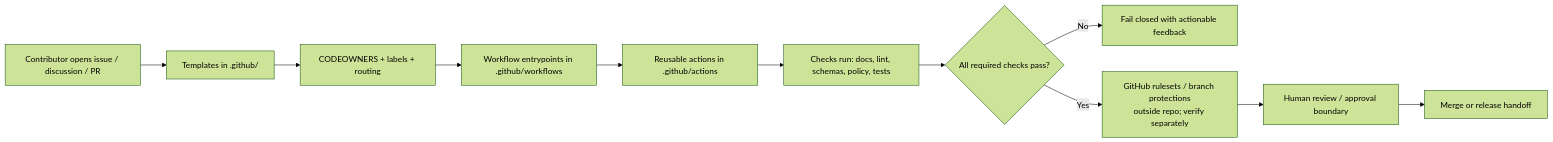
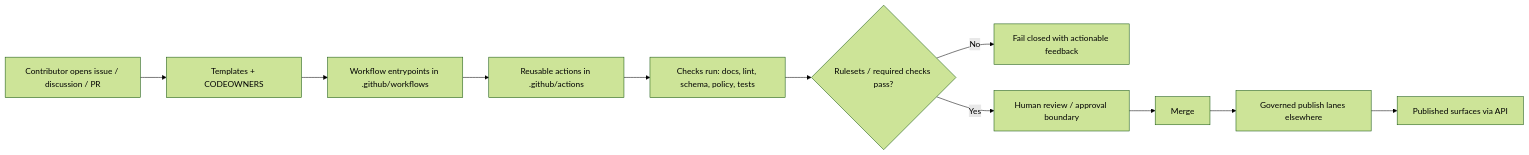
Before and after one commit to bartytime4life/Kansas-Frontier-Matrix: the diagram in .github/README.md, drawn with Mermaid (forest theme). The commit also changed other lines of this file, not shown here.

````diff
--- a/.github/README.md
+++ b/.github/README.md
@@ -221,13 +226,13 @@
 ```mermaid
 flowchart LR
-    A[Contributor opens issue / discussion / PR] --> B[Templates in .github/]
-    B --> C[CODEOWNERS + labels + routing]
-    C --> D[Workflow entrypoints in .github/workflows]
-    D --> E[Reusable actions in .github/actions]
-    E --> F[Checks run: docs, lint, schemas, policy, tests]
-    F --> G{All required checks pass?}
-    G -- No --> H[Fail closed with actionable feedback]
-    G -- Yes --> I[GitHub rulesets / branch protections<br/>outside repo; verify separately]
-    I --> J[Human review / approval boundary]
-    J --> K[Merge or release handoff]
+    A[Contributor opens issue / discussion / PR] --> B[Templates + CODEOWNERS]
+    B --> C[Workflow entrypoints in .github/workflows]
+    C --> D[Reusable actions in .github/actions]
+    D --> E[Checks run: docs, lint, schema, policy, tests]
+    E --> F{Rulesets / required checks pass?}
+    F -- No --> G[Fail closed with actionable feedback]
+    F -- Yes --> H[Human review / approval boundary]
+    H --> I[Merge]
+    I --> J[Governed publish lanes elsewhere]
+    J --> K[Published surfaces via API]
 ```
````
